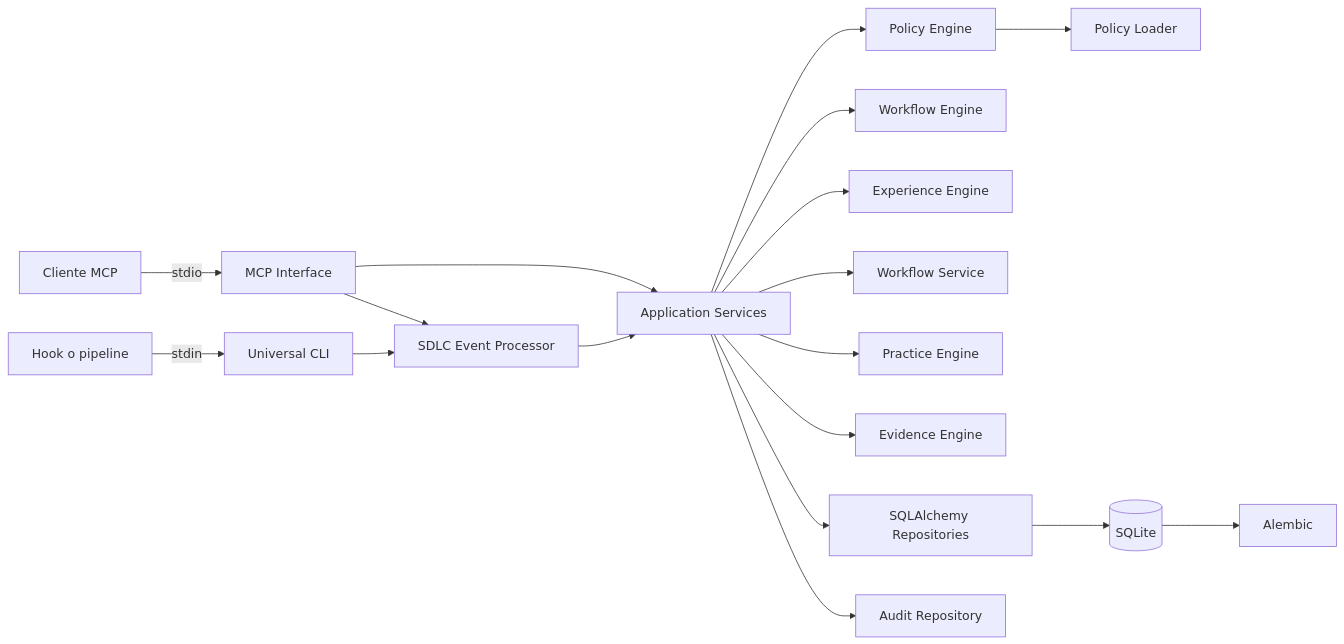
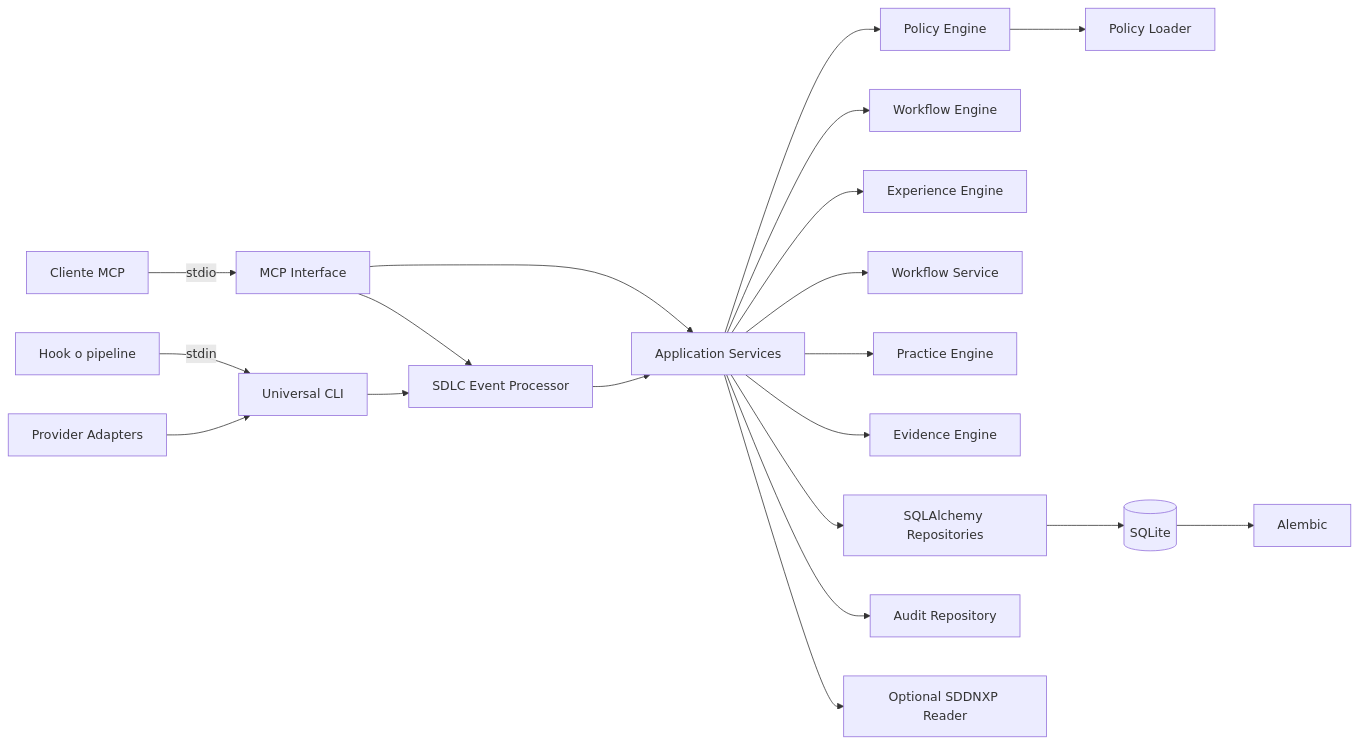
Before and after one commit to jmsalazarl/SDLC-Manager: the first of 2 diagrams in docs/architecture.md, drawn with Mermaid. The commit also changed other lines of this file and 39 other files, not shown here.

````diff
--- a/docs/architecture.md
+++ b/docs/architecture.md
@@ -5,20 +5,22 @@
 ```mermaid
 flowchart LR
     C[Cliente MCP] -->|stdio| M[MCP Interface]
     H[Hook o pipeline] -->|stdin| CLI[Universal CLI]
     M --> A[Application Services]
     CLI --> EP[SDLC Event Processor]
     M --> EP
     EP --> A
     A --> P[Policy Engine]
     A --> WE[Workflow Engine]
     A --> E[Experience Engine]
     A --> W[Workflow Service]
     A --> RQ[Practice Engine]
     A --> V[Evidence Engine]
     P --> K[Policy Loader]
     A --> R[SQLAlchemy Repositories]
     A --> AU[Audit Repository]
     R --> D[(SQLite)]
     D --> F[Alembic]
+    X[Provider Adapters] --> CLI
+    A --> SDD[Optional SDDNXP Reader]
 ```
````
